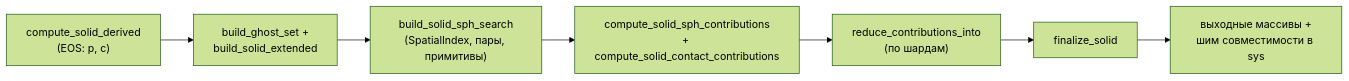
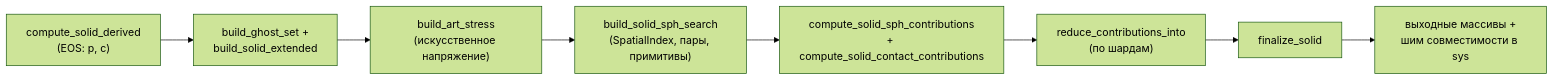
The third of 3 diagrams in docs/04-explanation/architecture/pipeline-overview.md (smarry-code/SPH), drawn with Mermaid (forest theme) before and after one commit. The commit also changed other lines of this file and 33 other files, not shown here.

````diff
--- a/docs/04-explanation/architecture/pipeline-overview.md
+++ b/docs/04-explanation/architecture/pipeline-overview.md
@@ -124,9 +124,10 @@
 ```mermaid
 flowchart LR
     A["compute_solid_derived<br/>(EOS: p, c)"] --> B["build_ghost_set +<br/>build_solid_extended"]
-    B --> C["build_solid_sph_search<br/>(SpatialIndex, пары, примитивы)"]
+    B --> B2["build_art_stress<br/>(искусственное напряжение)"]
+    B2 --> C["build_solid_sph_search<br/>(SpatialIndex, пары, примитивы)"]
     C --> D["compute_solid_sph_contributions<br/>+ compute_solid_contact_contributions"]
     D --> E["reduce_contributions_into<br/>(по шардам)"]
     E --> F["finalize_solid"]
     F --> G["выходные массивы +<br/>шим совместимости в sys"]
 ```
````
